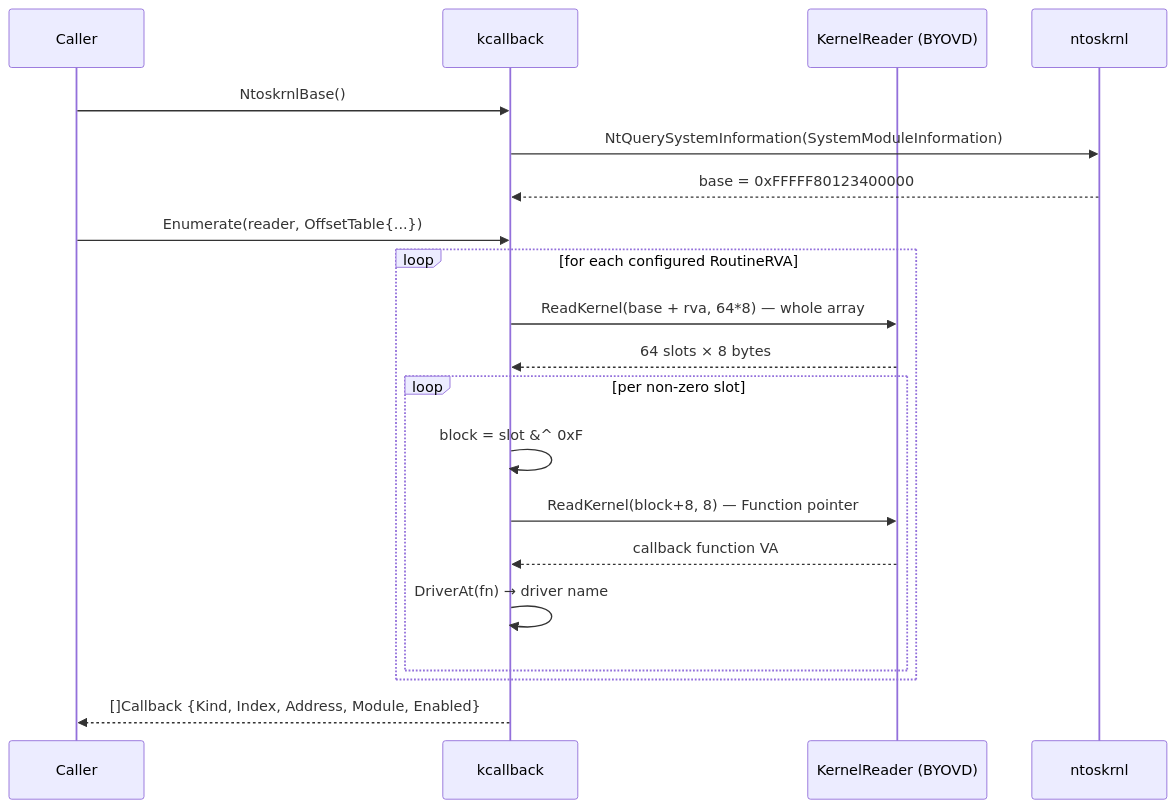
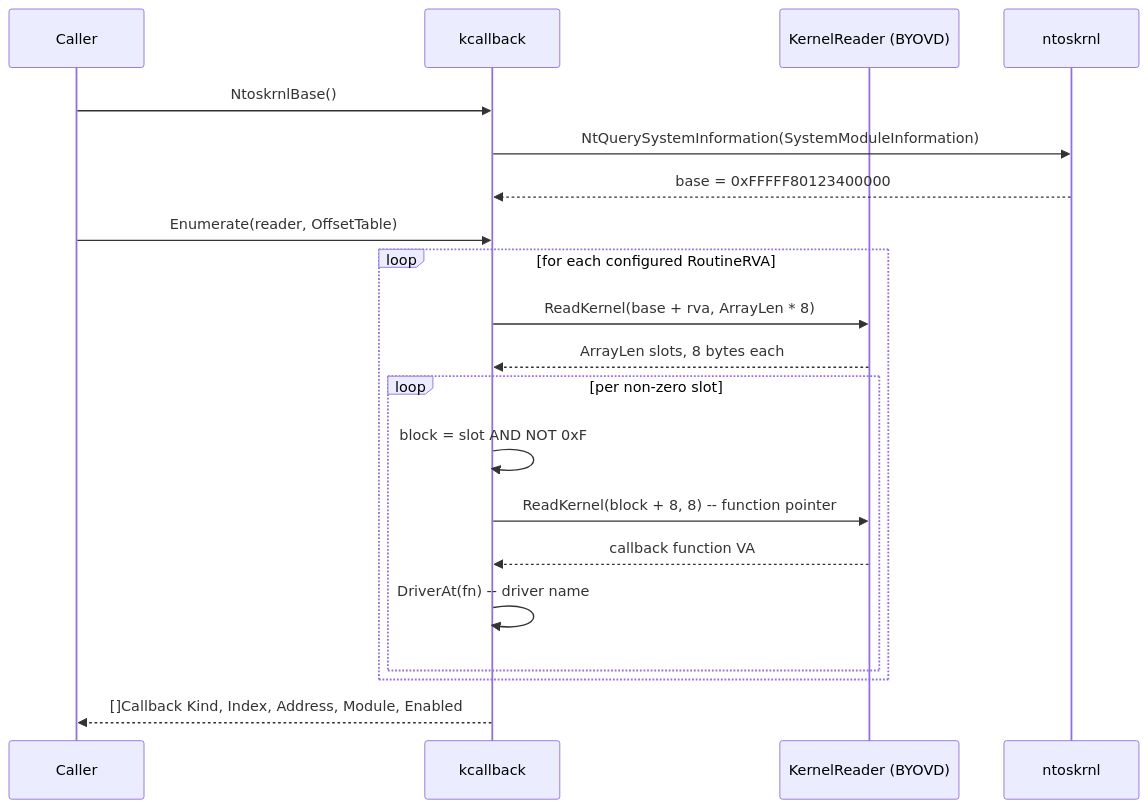
The diagram in docs/techniques/evasion/kernel-callback-removal.md (oioio-space/maldev), drawn with Mermaid before and after one commit. The commit also changed other lines of this file and 1 other file, not shown here.

````diff
--- a/docs/techniques/evasion/kernel-callback-removal.md
+++ b/docs/techniques/evasion/kernel-callback-removal.md
@@ -120,24 +48,24 @@
 ```mermaid
 sequenceDiagram
     participant U as Caller
     participant K as kcallback
     participant R as KernelReader (BYOVD)
     participant N as ntoskrnl
 
     U->>K: NtoskrnlBase()
     K->>N: NtQuerySystemInformation(SystemModuleInformation)
     N-->>K: base = 0xFFFFF80123400000
 
-    U->>K: Enumerate(reader, OffsetTable{...})
+    U->>K: Enumerate(reader, OffsetTable)
     loop for each configured RoutineRVA
-        K->>R: ReadKernel(base + rva, 64*8) — whole array
-        R-->>K: 64 slots × 8 bytes
+        K->>R: ReadKernel(base + rva, ArrayLen * 8)
+        R-->>K: ArrayLen slots, 8 bytes each
         loop per non-zero slot
-            K->>K: block = slot &^ 0xF
-            K->>R: ReadKernel(block+8, 8) — Function pointer
+            K->>K: block = slot AND NOT 0xF
+            K->>R: ReadKernel(block + 8, 8) -- function pointer
             R-->>K: callback function VA
-            K->>K: DriverAt(fn) → driver name
+            K->>K: DriverAt(fn) -- driver name
         end
     end
-    K-->>U: []Callback {Kind, Index, Address, Module, Enabled}
+    K-->>U: []Callback Kind, Index, Address, Module, Enabled
 ```
````
